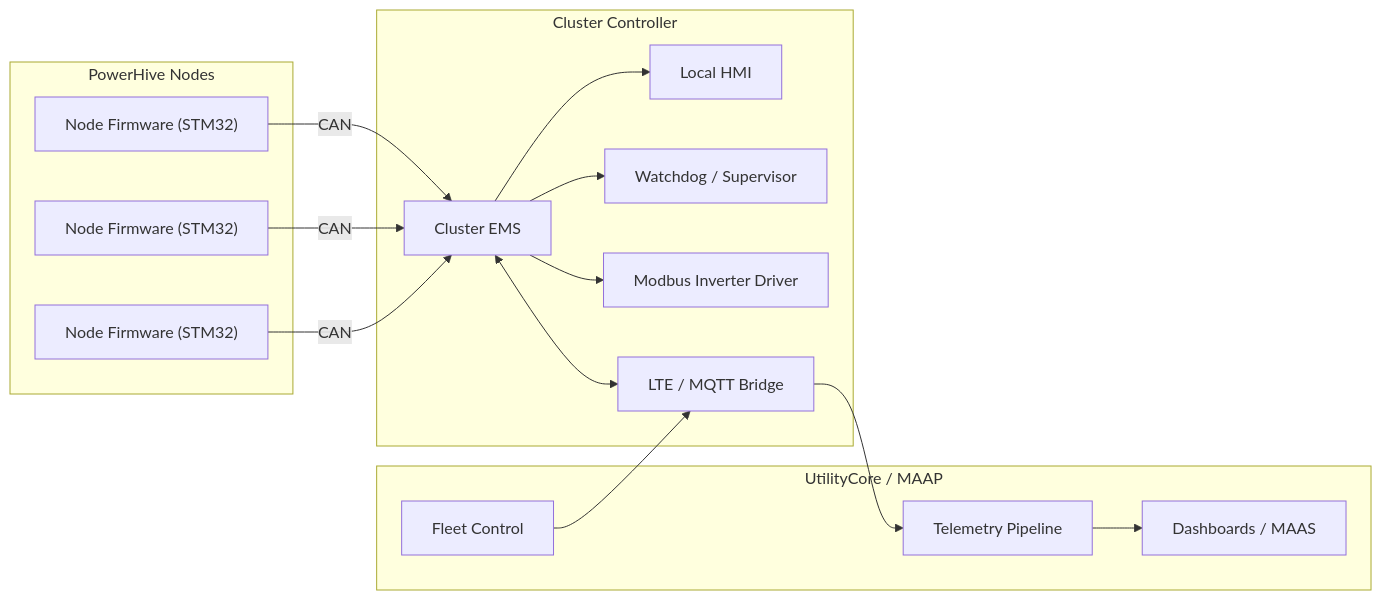
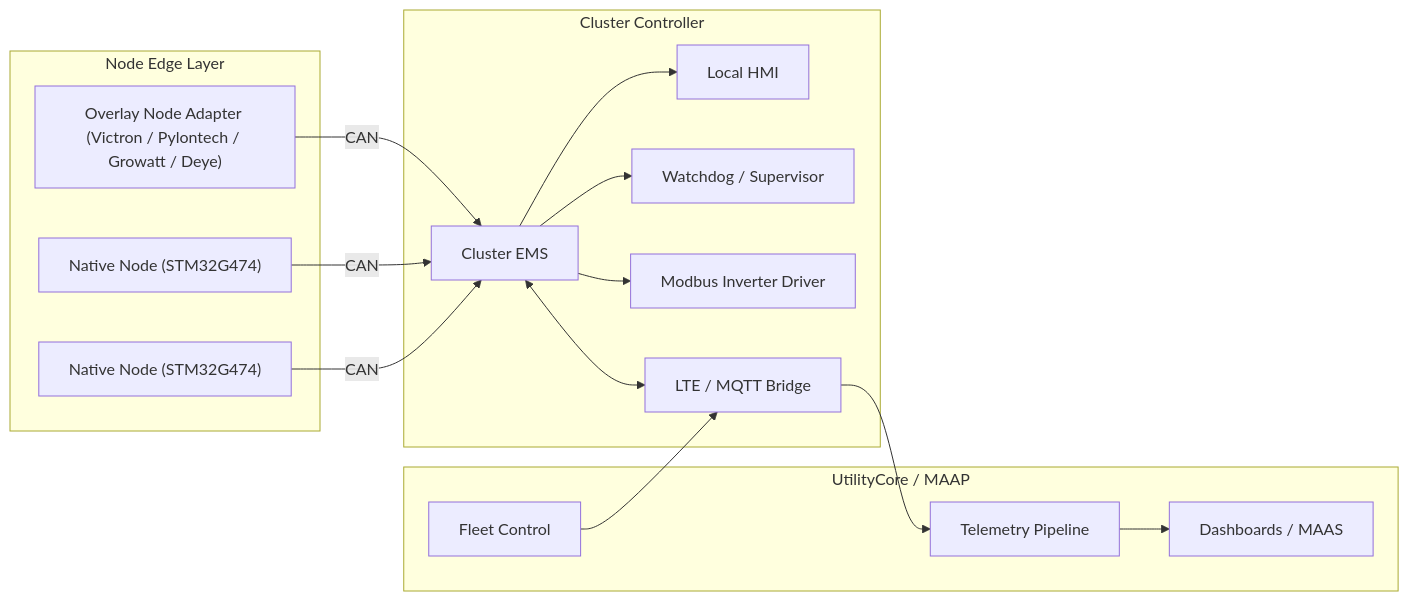
Before and after one commit to elvin2words/clusterStore: the diagram in docs/architecture.md, drawn with Mermaid. The commit also changed other lines of this file and 12 other files, not shown here.

Commit message:
docs: update architecture and master-plan; add ops, deployment, and roadmap docs

````diff
--- a/docs/architecture.md
+++ b/docs/architecture.md
@@ -7,33 +7,33 @@
 ```mermaid
 flowchart LR
-    subgraph NodeLayer["PowerHive Nodes"]
-        N1["Node Firmware (STM32)"]
-        N2["Node Firmware (STM32)"]
-        N3["Node Firmware (STM32)"]
+    subgraph NodeLayer["Node Edge Layer"]
+        N1["Native Node (STM32G474)"]
+        N2["Native Node (STM32G474)"]
+        N3["Overlay Node Adapter (Victron / Pylontech / Growatt / Deye)"]
     end
 
     subgraph Controller["Cluster Controller"]
         EMS["Cluster EMS"]
         HMI["Local HMI"]
         WDG["Watchdog / Supervisor"]
         INV["Modbus Inverter Driver"]
         LTE["LTE / MQTT Bridge"]
     end
 
     subgraph Cloud["UtilityCore / MAAP"]
         U1["Telemetry Pipeline"]
         U2["Fleet Control"]
         U3["Dashboards / MAAS"]
     end
 
     N1 -->|CAN| EMS
     N2 -->|CAN| EMS
     N3 -->|CAN| EMS
     EMS --> HMI
     EMS --> WDG
     EMS --> INV
     EMS <--> LTE
     LTE --> U1
     U2 --> LTE
     U1 --> U3
 ```
````
